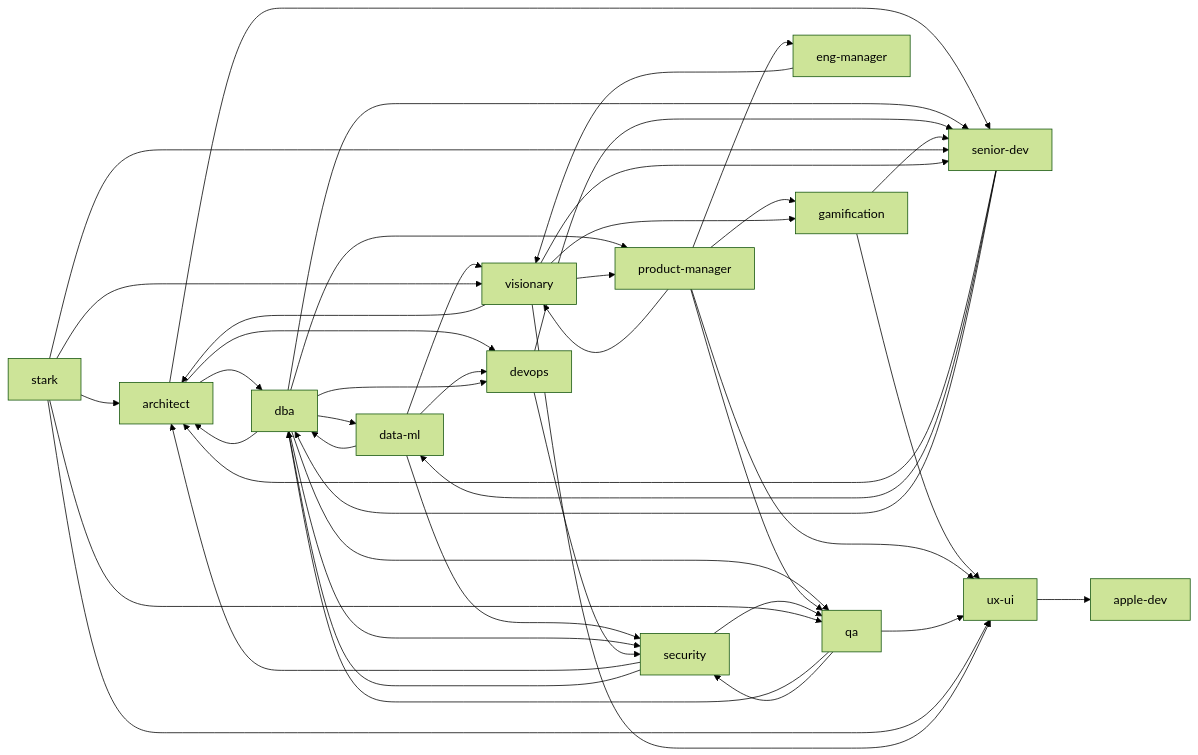
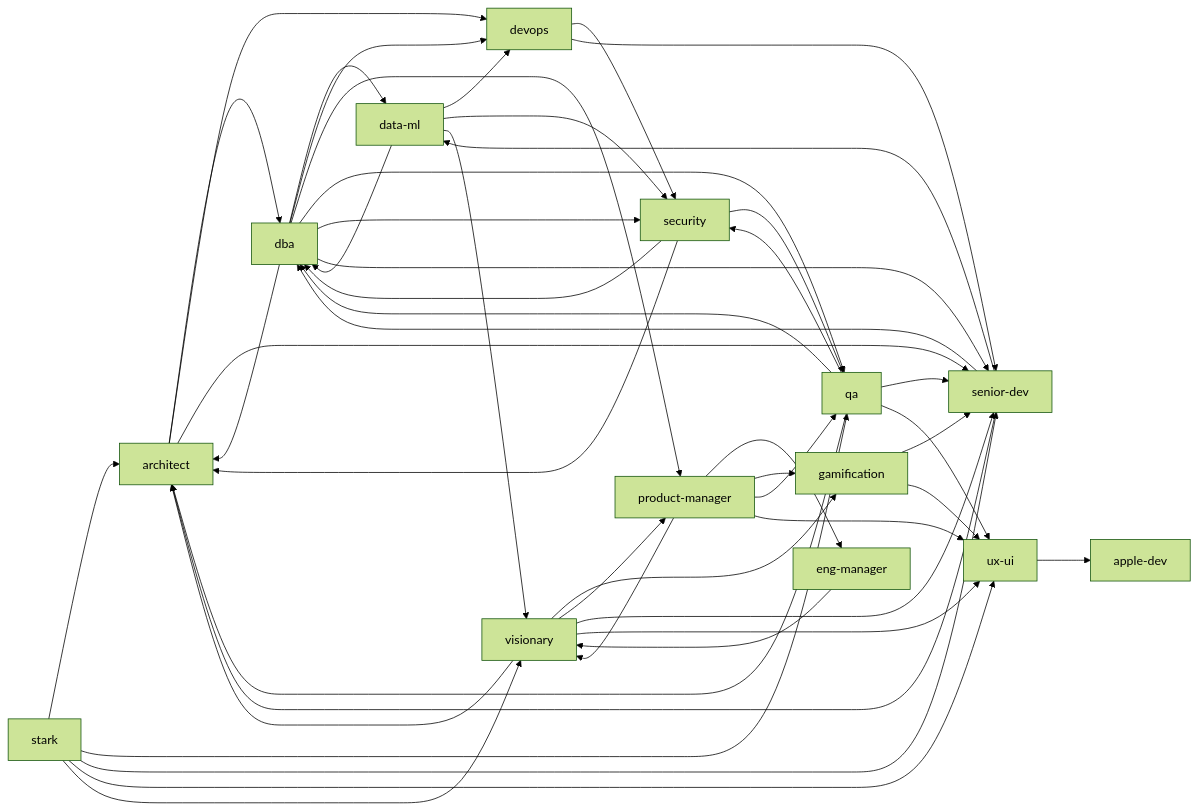
The second of 4 diagrams in GRAPH.md (jrodrigopuca/local-agents), drawn with Mermaid (forest theme) before and after one commit. The commit also changed other lines of this file and 4 other files, not shown here.

````diff
--- a/GRAPH.md
+++ b/GRAPH.md
@@ -58,59 +58,61 @@
 ```mermaid
 flowchart LR
     architect --> dba
     architect --> devops
     architect --> senior-dev
 
     data-ml --> dba
     data-ml --> devops
     data-ml --> security
     data-ml --> visionary
 
     dba --> architect
     dba --> data-ml
     dba --> devops
     dba --> product-manager
     dba --> qa
     dba --> security
     dba --> senior-dev
 
     devops --> security
     devops --> senior-dev
 
     eng-manager --> visionary
 
     gamification --> senior-dev
     gamification --> ux-ui
 
     product-manager --> eng-manager
     product-manager --> gamification
     product-manager --> qa
     product-manager --> ux-ui
     product-manager --> visionary
 
+    qa --> architect
     qa --> dba
     qa --> security
+    qa --> senior-dev
     qa --> ux-ui
 
     security --> architect
     security --> dba
     security --> qa
 
     senior-dev --> architect
     senior-dev --> data-ml
     senior-dev --> dba
 
     stark --> architect
     stark --> qa
     stark --> senior-dev
     stark --> ux-ui
     stark --> visionary
 
     ux-ui --> apple-dev
 
     visionary --> architect
     visionary --> gamification
     visionary --> product-manager
     visionary --> senior-dev
     visionary --> ux-ui
 ```
````
